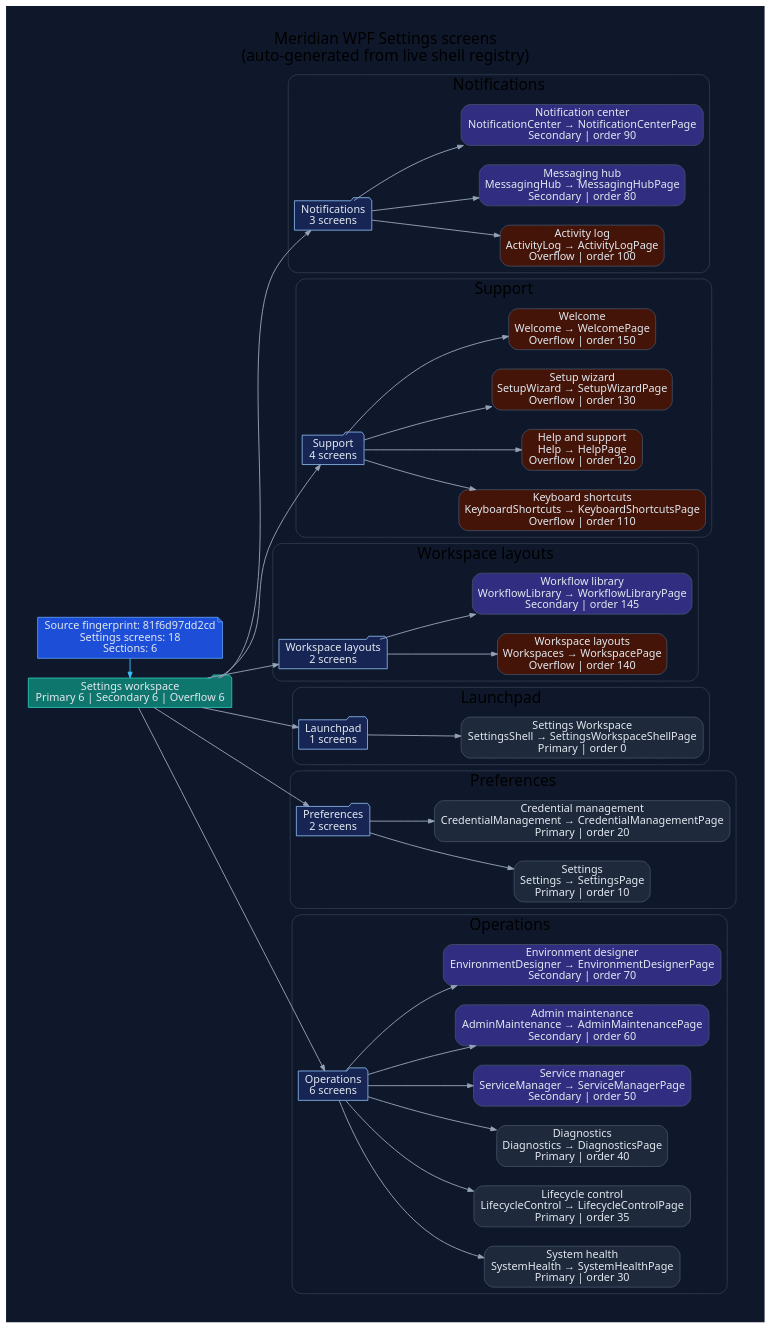
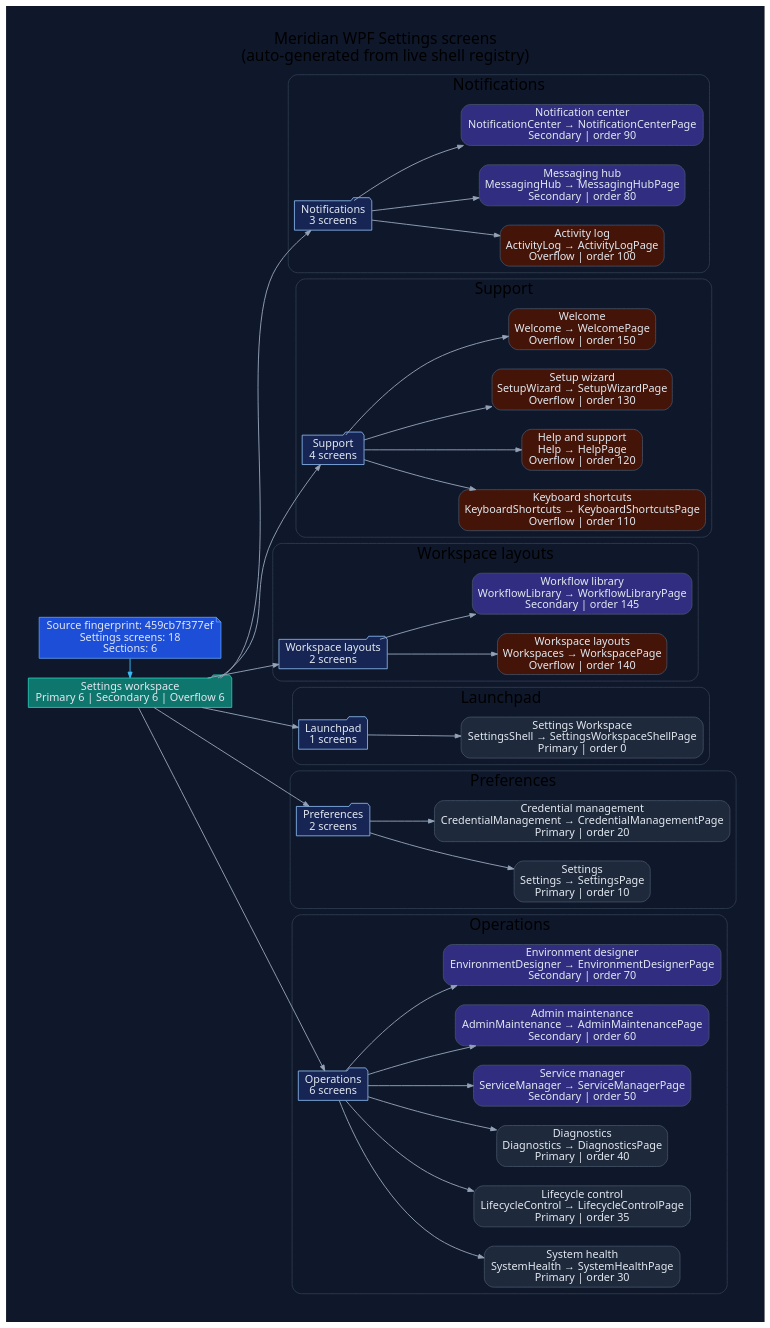
Before and after one commit to rodoHasArrived/Meridian-main: the diagram in docs/diagrams/ui/ui-wpf-screens-settings.dot, drawn with Graphviz. The commit also changed 43 other files, not shown here.

First line of the commit message:
Regenerate the UI diagrams for the rewired Trading command bar

```diff
--- a/docs/diagrams/ui/ui-wpf-screens-settings.dot
+++ b/docs/diagrams/ui/ui-wpf-screens-settings.dot
@@ -1,110 +1,110 @@
 // -----------------------------------------------------------------------------
 // <auto-generated>
 // Generated by scripts/generate-diagrams.mjs.
 // Do not edit this file directly; update the WPF source files instead.
 // -----------------------------------------------------------------------------
 digraph WpfSettingsScreens {
   graph [
     rankdir=LR,
     labelloc=t,
     label="Meridian WPF Settings screens\n(auto-generated from live shell registry)",
     fontname="Segoe UI",
     fontsize=20,
     pad=0.4,
     nodesep=0.35,
     ranksep=0.85,
     bgcolor="#0f172a"
   ];
   node [fontname="Segoe UI", shape=box, style="rounded,filled", color="#475569", fontcolor="#e2e8f0", fillcolor="#1e293b"];
   edge [fontname="Segoe UI", color="#94a3b8", penwidth=1.2, arrowsize=0.75];
 
-  generated [shape=note, fillcolor="#1d4ed8", color="#60a5fa", label="Source fingerprint: 81f6d97dd2cd\nSettings screens: 18\nSections: 6"];
+  generated [shape=note, fillcolor="#1d4ed8", color="#60a5fa", label="Source fingerprint: 459cb7f377ef\nSettings screens: 18\nSections: 6"];
   workspace [shape=folder, fillcolor="#0f766e", color="#2dd4bf", label="Settings workspace\nPrimary 6 | Secondary 6 | Overflow 6"];
   generated -> workspace [color="#38bdf8"];
 
   subgraph cluster_section_1 {
     label="Notifications";
     color="#334155";
     style="rounded";
     section_1 [shape=folder, fillcolor="#172554", color="#93c5fd", label="Notifications\n3 screens"];
     workspace -> section_1;
     screen_ActivityLog [fillcolor="#431407", label="Activity log\nActivityLog → ActivityLogPage\nOverflow | order 100"];
     section_1 -> screen_ActivityLog;
     screen_MessagingHub [fillcolor="#312e81", label="Messaging hub\nMessagingHub → MessagingHubPage\nSecondary | order 80"];
     section_1 -> screen_MessagingHub;
     screen_NotificationCenter [fillcolor="#312e81", label="Notification center\nNotificationCenter → NotificationCenterPage\nSecondary | order 90"];
     section_1 -> screen_NotificationCenter;
   }
 
   subgraph cluster_section_2 {
     label="Support";
     color="#334155";
     style="rounded";
     section_2 [shape=folder, fillcolor="#172554", color="#93c5fd", label="Support\n4 screens"];
     workspace -> section_2;
     screen_KeyboardShortcuts [fillcolor="#431407", label="Keyboard shortcuts\nKeyboardShortcuts → KeyboardShortcutsPage\nOverflow | order 110"];
     section_2 -> screen_KeyboardShortcuts;
     screen_Help [fillcolor="#431407", label="Help and support\nHelp → HelpPage\nOverflow | order 120"];
     section_2 -> screen_Help;
     screen_SetupWizard [fillcolor="#431407", label="Setup wizard\nSetupWizard → SetupWizardPage\nOverflow | order 130"];
     section_2 -> screen_SetupWizard;
     screen_Welcome [fillcolor="#431407", label="Welcome\nWelcome → WelcomePage\nOverflow | order 150"];
     section_2 -> screen_Welcome;
   }
 
   subgraph cluster_section_3 {
     label="Workspace layouts";
     color="#334155";
     style="rounded";
     section_3 [shape=folder, fillcolor="#172554", color="#93c5fd", label="Workspace layouts\n2 screens"];
     workspace -> section_3;
     screen_Workspaces [fillcolor="#431407", label="Workspace layouts\nWorkspaces → WorkspacePage\nOverflow | order 140"];
     section_3 -> screen_Workspaces;
     screen_WorkflowLibrary [fillcolor="#312e81", label="Workflow library\nWorkflowLibrary → WorkflowLibraryPage\nSecondary | order 145"];
     section_3 -> screen_WorkflowLibrary;
   }
 
   subgraph cluster_section_4 {
     label="Launchpad";
     color="#334155";
     style="rounded";
     section_4 [shape=folder, fillcolor="#172554", color="#93c5fd", label="Launchpad\n1 screens"];
     workspace -> section_4;
     screen_SettingsShell [fillcolor="#1e293b", label="Settings Workspace\nSettingsShell → SettingsWorkspaceShellPage\nPrimary | order 0"];
     section_4 -> screen_SettingsShell;
   }
 
   subgraph cluster_section_5 {
     label="Preferences";
     color="#334155";
     style="rounded";
     section_5 [shape=folder, fillcolor="#172554", color="#93c5fd", label="Preferences\n2 screens"];
     workspace -> section_5;
     screen_Settings [fillcolor="#1e293b", label="Settings\nSettings → SettingsPage\nPrimary | order 10"];
     section_5 -> screen_Settings;
     screen_CredentialManagement [fillcolor="#1e293b", label="Credential management\nCredentialManagement → CredentialManagementPage\nPrimary | order 20"];
     section_5 -> screen_CredentialManagement;
   }
 
   subgraph cluster_section_6 {
     label="Operations";
     color="#334155";
     style="rounded";
     section_6 [shape=folder, fillcolor="#172554", color="#93c5fd", label="Operations\n6 screens"];
     workspace -> section_6;
     screen_SystemHealth [fillcolor="#1e293b", label="System health\nSystemHealth → SystemHealthPage\nPrimary | order 30"];
     section_6 -> screen_SystemHealth;
     screen_LifecycleControl [fillcolor="#1e293b", label="Lifecycle control\nLifecycleControl → LifecycleControlPage\nPrimary | order 35"];
     section_6 -> screen_LifecycleControl;
     screen_Diagnostics [fillcolor="#1e293b", label="Diagnostics\nDiagnostics → DiagnosticsPage\nPrimary | order 40"];
     section_6 -> screen_Diagnostics;
     screen_ServiceManager [fillcolor="#312e81", label="Service manager\nServiceManager → ServiceManagerPage\nSecondary | order 50"];
     section_6 -> screen_ServiceManager;
     screen_AdminMaintenance [fillcolor="#312e81", label="Admin maintenance\nAdminMaintenance → AdminMaintenancePage\nSecondary | order 60"];
     section_6 -> screen_AdminMaintenance;
     screen_EnvironmentDesigner [fillcolor="#312e81", label="Environment designer\nEnvironmentDesigner → EnvironmentDesignerPage\nSecondary | order 70"];
     section_6 -> screen_EnvironmentDesigner;
   }
 
   { rank=min; generated; workspace; }
 }
```
